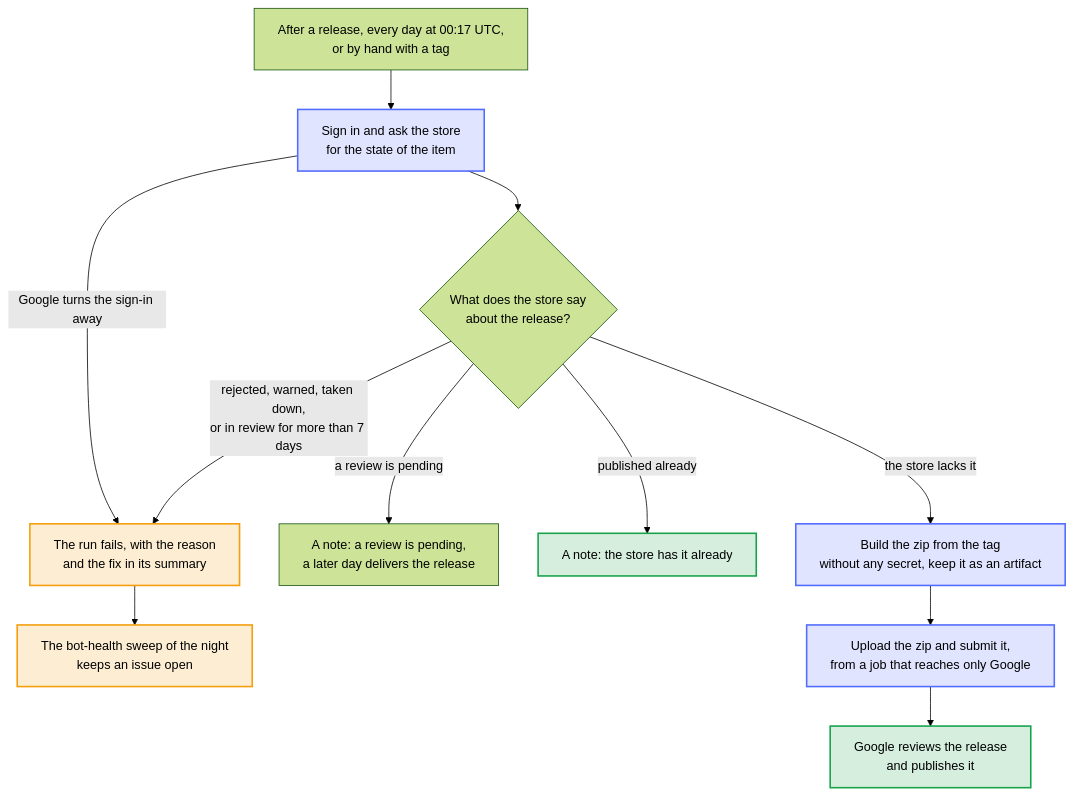
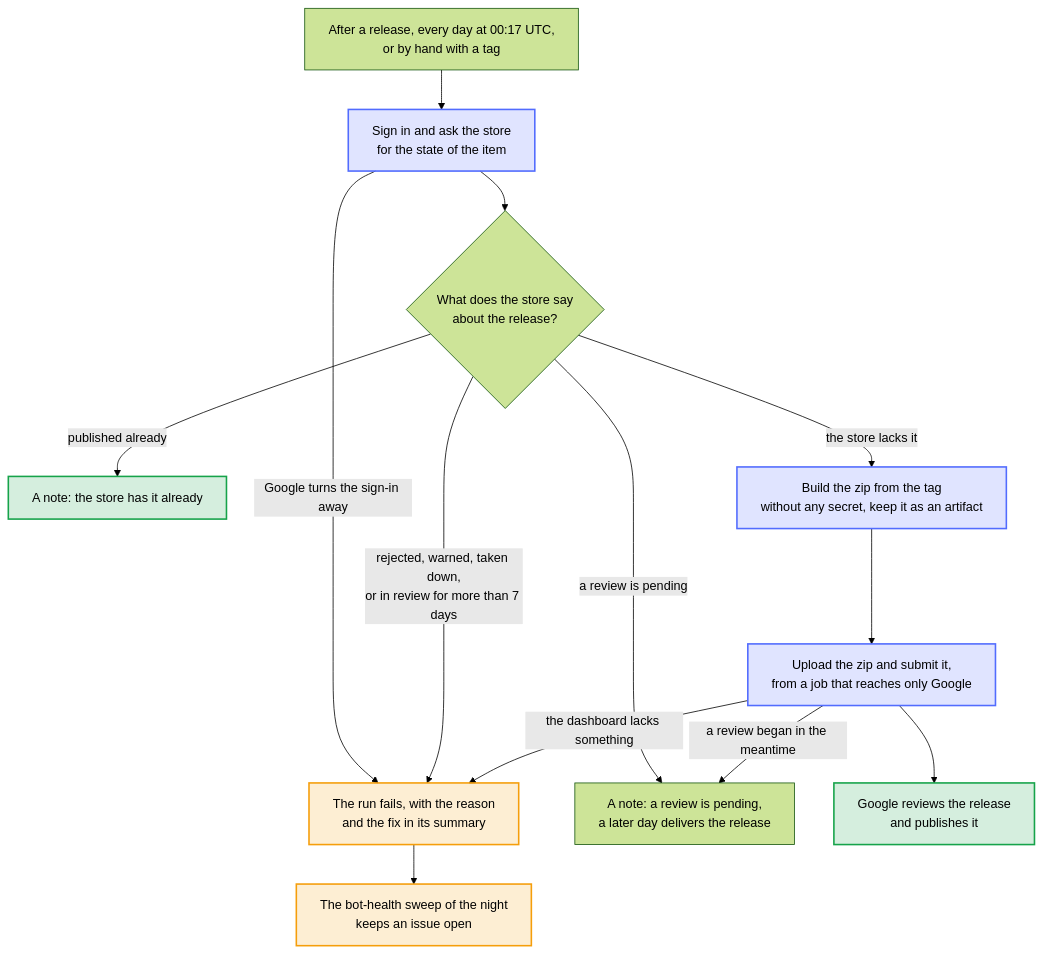
One commit to Dennis-Otto/player-switch-for-autodarts changed the diagram in docs/diagrams/store-delivery.mmd. Above: the diagram before and after it, drawn with Mermaid (forest theme). The commit also changed 13 other files, not shown here.

First line of the commit message:
fix: the store run explains INVALID_ITEM_METADATA and a version that is already in review (#114)

```diff
--- a/docs/diagrams/store-delivery.mmd
+++ b/docs/diagrams/store-delivery.mmd
@@ -1,34 +1,36 @@
 ---
 config:
   flowchart:
     wrappingWidth: 400
 ---
 flowchart TB
     accTitle: How a release reaches the Chrome Web Store
-    accDescr: After every release, every day at 00:17 UTC and when started by hand with a tag, the workflow signs in to the Chrome Web Store and asks for the state of the item. A sign-in that Google turns away, a rejected release, a warning, a takedown or a review of more than 7 days fail the run, with the reason and the fix in its summary, and the bot-health sweep of the night keeps an issue open. While a review is pending, the run ends with a note, and a later day delivers the release. When the store has the release already, nothing happens. Otherwise a job without any secret builds the zip from the tag and keeps it as an artifact, and a job that reaches only Google uploads it and submits it for review.
+    accDescr: After every release, every day at 00:17 UTC and when started by hand with a tag, the workflow signs in to the Chrome Web Store and asks for the state of the item. A sign-in that Google turns away, a rejected release, a warning, a takedown or a review of more than 7 days fail the run, with the reason and the fix in its summary, and the bot-health sweep of the night keeps an issue open. While a review is pending, the run ends with a note, and a later day delivers the release. When the store has the release already, nothing happens. Otherwise a job without any secret builds the zip from the tag and keeps it as an artifact, and a job that reaches only Google uploads it and submits it for review. When the store refuses the submission because the Developer Dashboard lacks something that the version needs, the run fails as well, and names what the release asks for beyond the version of the store. When a review began in the meantime, the run ends with the same note as for a pending review.
 
     start["After a release, every day at 00:17 UTC,<br>or by hand with a tag"]
     ask["Sign in and ask the store<br>for the state of the item"]
     decide{"What does the store say<br>about the release?"}
     fail["The run fails, with the reason<br>and the fix in its summary"]
     issue["The bot-health sweep of the night<br>keeps an issue open"]
     wait["A note: a review is pending,<br>a later day delivers the release"]
     has["A note: the store has it already"]
     package["Build the zip from the tag<br>without any secret, keep it as an artifact"]
     store["Upload the zip and submit it,<br>from a job that reaches only Google"]
     review["Google reviews the release<br>and publishes it"]
 
     start --> ask --> decide
     ask -- "Google turns the sign-in away" --> fail
     decide -- "rejected, warned, taken down,<br>or in review for more than 7 days" --> fail
     decide -- "a review is pending" --> wait
     decide -- "published already" --> has
     decide -- "the store lacks it" --> package --> store --> review
+    store -- "the dashboard lacks something" --> fail
+    store -- "a review began in the meantime" --> wait
     fail --> issue
 
     classDef bot fill:#526cfe2e,stroke:#526cfe,stroke-width:2px
     classDef done fill:#16a34a2e,stroke:#16a34a,stroke-width:2px
     classDef person fill:#f59e0b2e,stroke:#f59e0b,stroke-width:2px
     class ask,package,store bot
     class has,review done
     class fail,issue person
```
